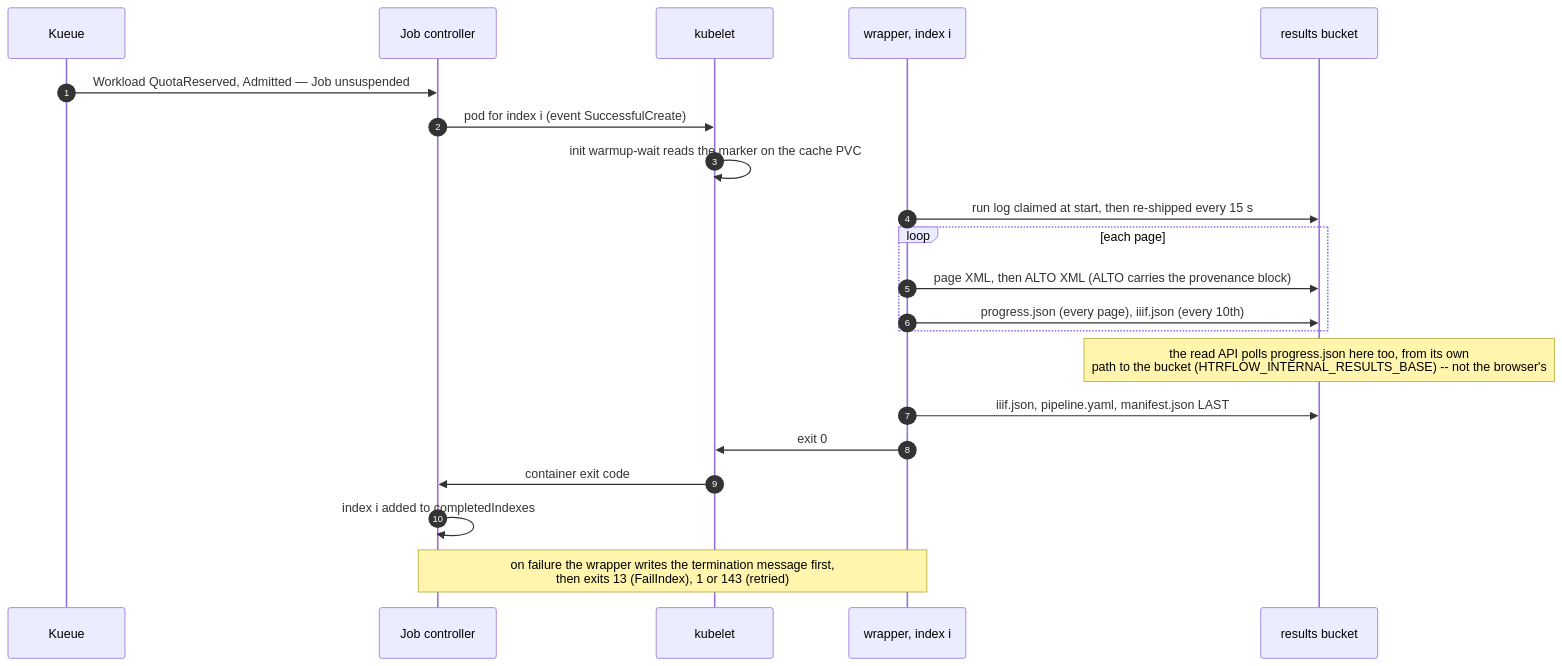
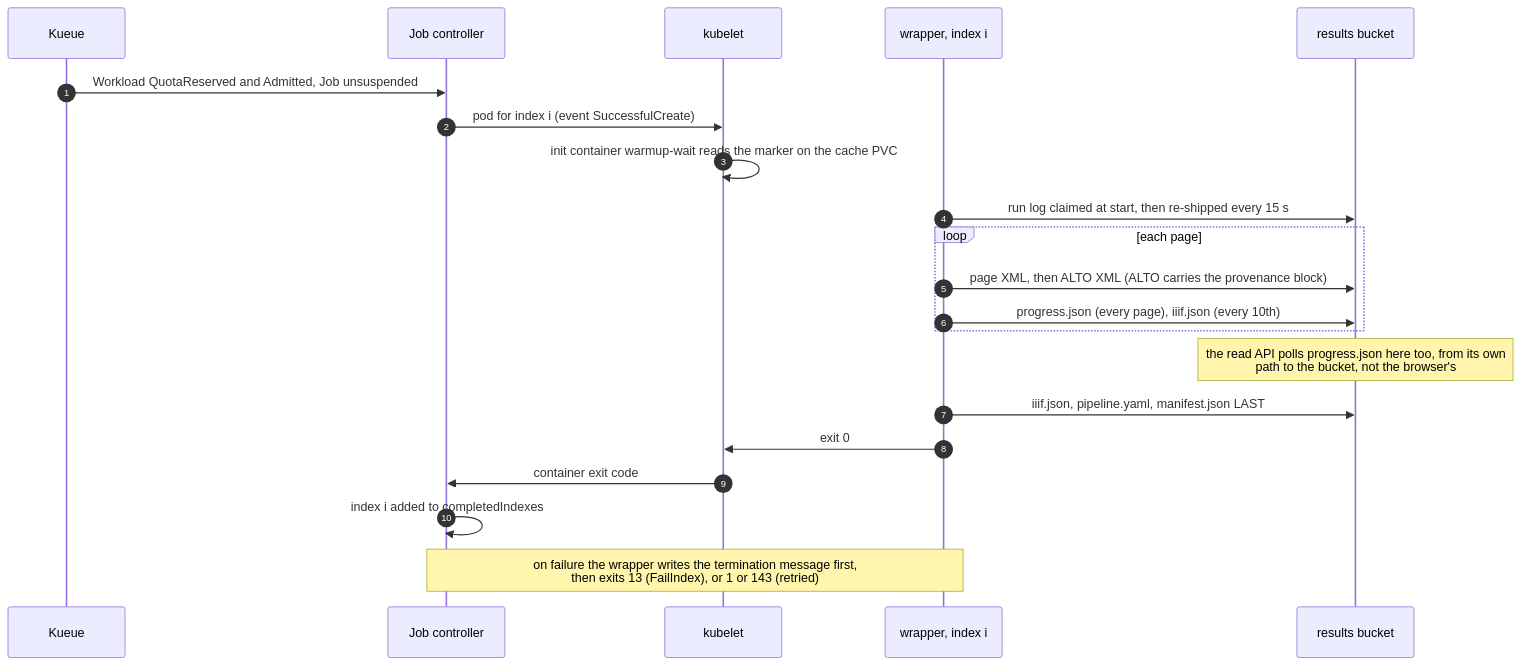
The first of 2 diagrams in docs/how-it-works/signals.md (AI-Riksarkivet/htrflow-batch), drawn with Mermaid before and after one commit. The commit also changed other lines of this file and 1 other file, not shown here.

````diff
--- a/docs/how-it-works/signals.md
+++ b/docs/how-it-works/signals.md
@@ -23,24 +25,24 @@
 ```mermaid
 sequenceDiagram
     autonumber
     participant Q as Kueue
     participant J as Job controller
     participant K as kubelet
     participant W as wrapper, index i
     participant S3 as results bucket
 
-    Q->>J: Workload QuotaReserved, Admitted — Job unsuspended
+    Q->>J: Workload QuotaReserved and Admitted, Job unsuspended
     J->>K: pod for index i (event SuccessfulCreate)
-    K->>K: init warmup-wait reads the marker on the cache PVC
+    K->>K: init container warmup-wait reads the marker on the cache PVC
     W->>S3: run log claimed at start, then re-shipped every 15 s
     loop each page
         W->>S3: page XML, then ALTO XML (ALTO carries the provenance block)
         W->>S3: progress.json (every page), iiif.json (every 10th)
     end
-    Note over S3: the read API polls progress.json here too, from its own<br/>path to the bucket (HTRFLOW_INTERNAL_RESULTS_BASE) -- not the browser's
+    Note over S3: the read API polls progress.json here too, from its own<br/>path to the bucket, not the browser's
     W->>S3: iiif.json, pipeline.yaml, manifest.json LAST
     W->>K: exit 0
     K->>J: container exit code
     J->>J: index i added to completedIndexes
-    Note over W,J: on failure the wrapper writes the termination message first,<br/>then exits 13 (FailIndex), 1 or 143 (retried)
+    Note over W,J: on failure the wrapper writes the termination message first,<br/>then exits 13 (FailIndex), or 1 or 143 (retried)
 ```
````
